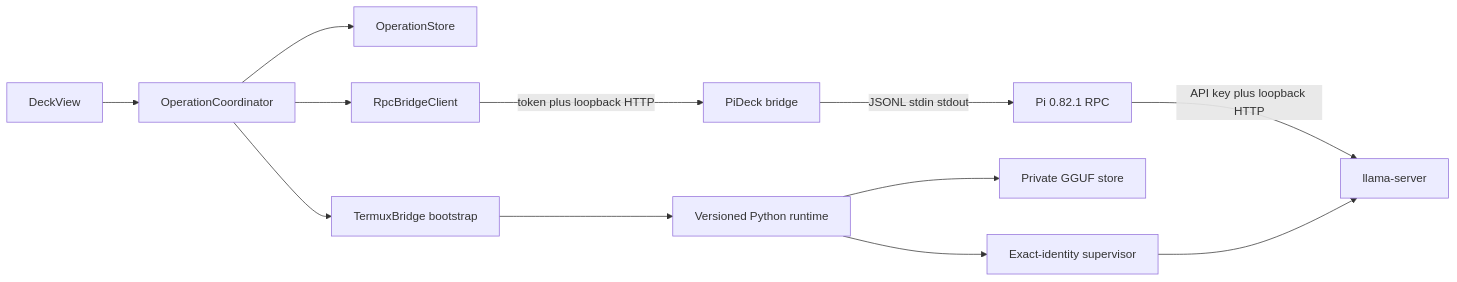
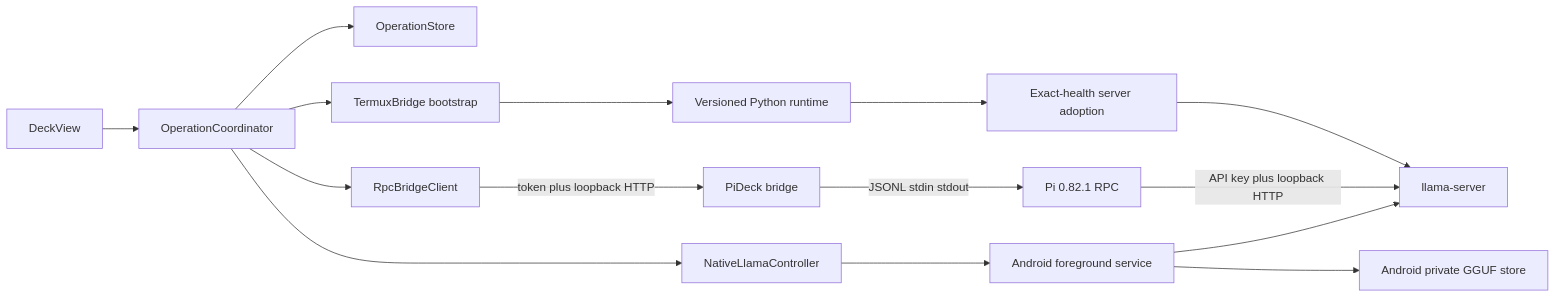
Before and after one commit to tigrohvost/pi-deck: the diagram in docs/architecture.md, drawn with Mermaid. The commit also changed other lines of this file and 7 other files, not shown here.

````diff
--- a/docs/architecture.md
+++ b/docs/architecture.md
@@ -5,14 +5,17 @@
 ```mermaid
 flowchart LR
   UI[DeckView] --> OC[OperationCoordinator]
   OC --> OS[OperationStore]
   OC --> TC[TermuxBridge bootstrap]
   OC --> RC[RpcBridgeClient]
+  OC --> NC[NativeLlamaController]
+  NC --> NS[Android foreground service]
+  NS --> LS[llama-server b10092]
+  NS --> MS[Android private GGUF store]
   TC --> RT[Versioned Python runtime]
   RC -->|token plus loopback HTTP| BR[PiDeck bridge]
   BR -->|JSONL stdin stdout| PI[Pi 0.82.1 RPC]
   PI -->|API key plus loopback HTTP| LS[llama-server]
-  RT --> MS[Private GGUF store]
-  RT --> SS[Exact-identity supervisor]
-  SS --> LS
+  RT --> AD[Exact-health server adoption]
+  AD --> LS
 ```
````
